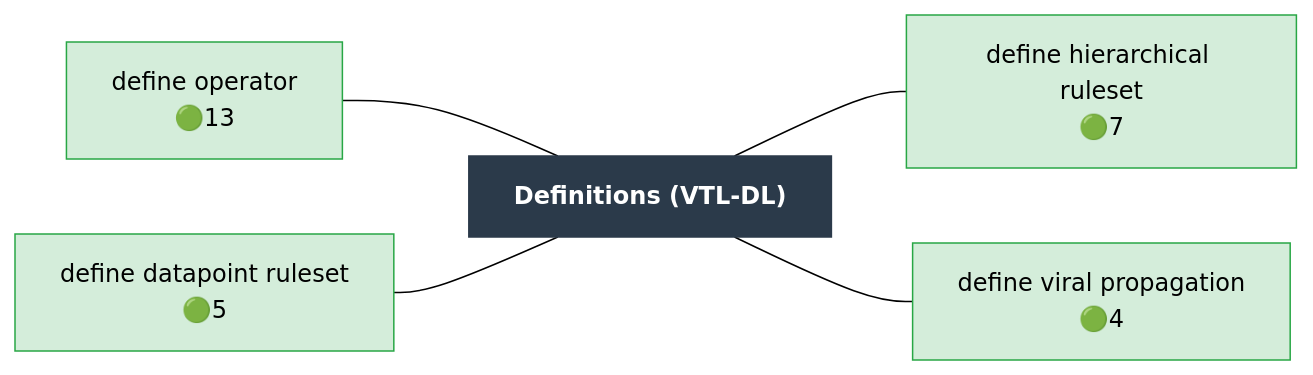
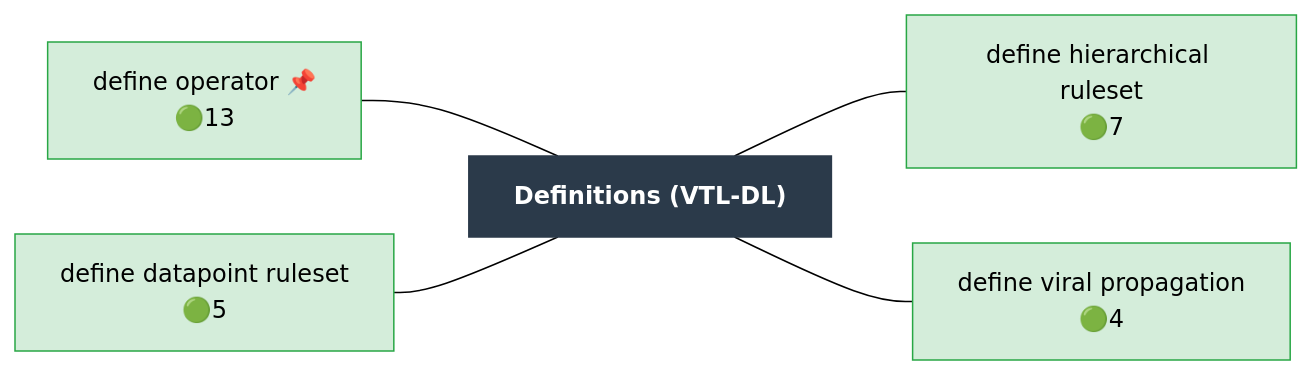
Before and after one commit to Meaningful-Data/vtlengine: the diagram in docs/operator_map/definitions/index.rst, drawn with Mermaid (forest theme). The commit also changed 39 other files, not shown here.

```diff
--- a/docs/operator_map/definitions/index.rst
+++ b/docs/operator_map/definitions/index.rst
@@ -24,24 +24,24 @@
 .. mermaid::
    :config: {"flowchart": {"useMaxWidth": false}}
 
    flowchart LR
        classDef ok fill:#d4edda,stroke:#28a745,color:#000
        classDef partial fill:#fff3cd,stroke:#ffc107,color:#000
        classDef refused fill:#d4edda,stroke:#28a745,stroke-width:3px,stroke-dasharray: 2 2,color:#000
        classDef missing fill:#f8d7da,stroke:#dc3545,color:#000
        classDef diverge fill:#cce5ff,stroke:#007bff,color:#000
        classDef block fill:#2b3a4a,stroke:#2b3a4a,color:#fff,font-weight:bold
        classDef ext fill:#fff,stroke:#666,color:#000,stroke-dasharray: 5 5
        B["Definitions (VTL-DL)"]:::block
-       definitions__define_operator["define operator<br/>🟢13"]:::ok
+       definitions__define_operator["define operator 📌<br/>🟢13"]:::ok
        definitions__define_datapoint_ruleset["define datapoint ruleset<br/>🟢5"]:::ok
        definitions__define_hierarchical_ruleset["define hierarchical ruleset<br/>🟢7"]:::ok
        definitions__define_viral_propagation["define viral propagation<br/>🟢4"]:::ok
        definitions__define_operator --- B
        definitions__define_datapoint_ruleset --- B
        B --- definitions__define_hierarchical_ruleset
        B --- definitions__define_viral_propagation
        click definitions__define_operator href "define_operator.html"
        click definitions__define_datapoint_ruleset href "define_datapoint_ruleset.html"
        click definitions__define_hierarchical_ruleset href "define_hierarchical_ruleset.html"
        click definitions__define_viral_propagation href "define_viral_propagation.html"
```
